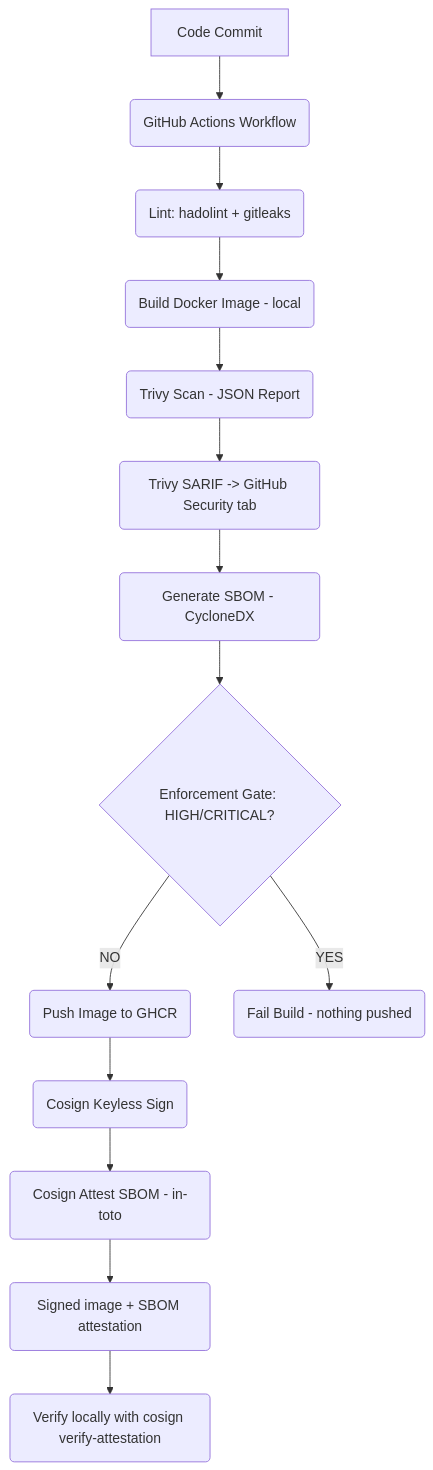
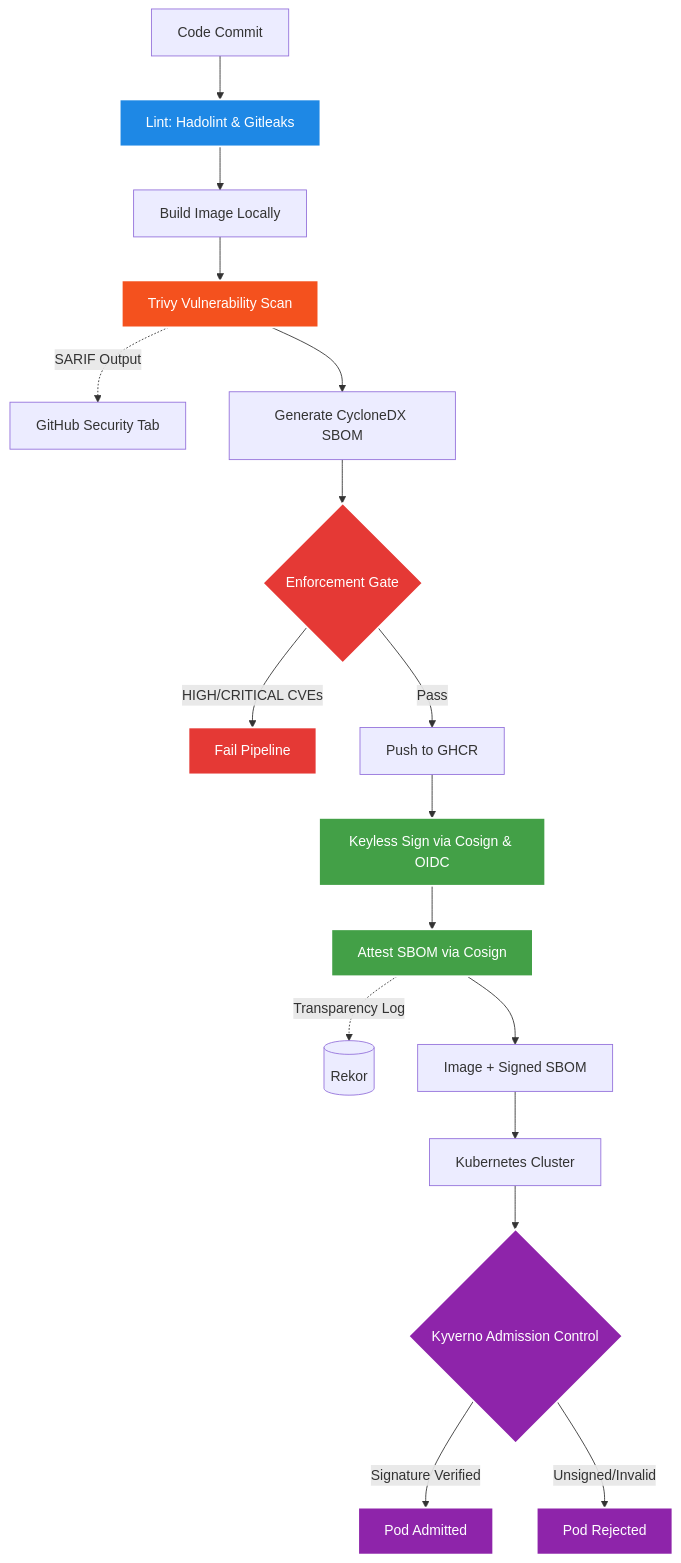
Before and after one commit to KatsaounisThanasis/secure-supply-chain: the diagram in README.md, drawn with Mermaid. The commit also changed other lines of this file and 7 other files, not shown here.

````diff
--- a/README.md
+++ b/README.md
@@ -14,16 +47,25 @@
 ```mermaid
 graph TD
-    A[Code Commit] --> B(GitHub Actions Workflow)
-    B --> L(Lint: hadolint + gitleaks)
-    L --> C(Build Docker Image - local);
-    C --> D(Trivy Scan - JSON Report);
-    D --> D2(Trivy SARIF -> GitHub Security tab);
-    D2 --> E(Generate SBOM - CycloneDX);
-    E --> F{Enforcement Gate: HIGH/CRITICAL?};
-    F -- NO --> G(Push Image to GHCR);
-    F -- YES --> H(Fail Build - nothing pushed);
-    G --> I(Cosign Keyless Sign);
-    I --> I2(Cosign Attest SBOM - in-toto);
-    I2 --> J(Signed image + SBOM attestation);
-    J --> K(Verify locally with cosign verify-attestation);
+    classDef lint fill:#1E88E5,stroke:#fff,stroke-width:2px,color:#fff;
+    classDef scan fill:#F4511E,stroke:#fff,stroke-width:2px,color:#fff;
+    classDef gate fill:#E53935,stroke:#fff,stroke-width:2px,color:#fff;
+    classDef sign fill:#43A047,stroke:#fff,stroke-width:2px,color:#fff;
+    classDef runtime fill:#8E24AA,stroke:#fff,stroke-width:2px,color:#fff;
+
+    A[Code Commit] --> B[Lint: Hadolint & Gitleaks]:::lint
+    B --> C[Build Image Locally]
+    C --> D[Trivy Vulnerability Scan]:::scan
+    D -. SARIF Output .-> E[GitHub Security Tab]
+    D --> H[Generate CycloneDX SBOM]
+    H --> F{Enforcement Gate}:::gate
+    F -- HIGH/CRITICAL CVEs --> G[Fail Pipeline]:::gate
+    F -- Pass --> I[Push to GHCR]
+    I --> J[Keyless Sign via Cosign & OIDC]:::sign
+    J --> K[Attest SBOM via Cosign]:::sign
+    K -. Transparency Log .-> L[(Rekor)]
+    K --> M[Image + Signed SBOM]
+    M --> N[Kubernetes Cluster]
+    N --> O{Kyverno Admission Control}:::runtime
+    O -- Signature Verified --> P[Pod Admitted]:::runtime
+    O -- Unsigned/Invalid --> Q[Pod Rejected]:::runtime
 ```
````
